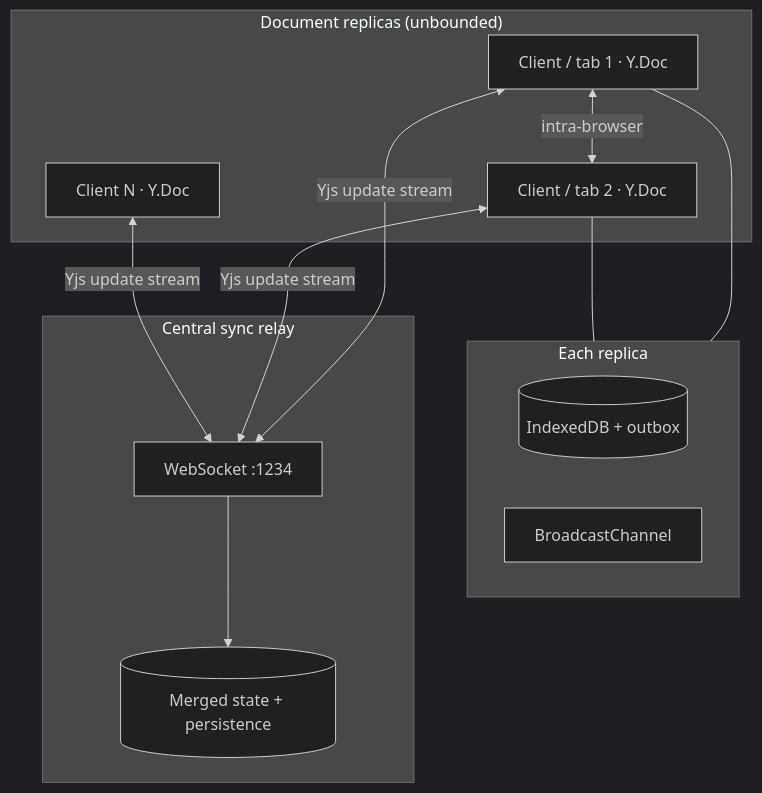
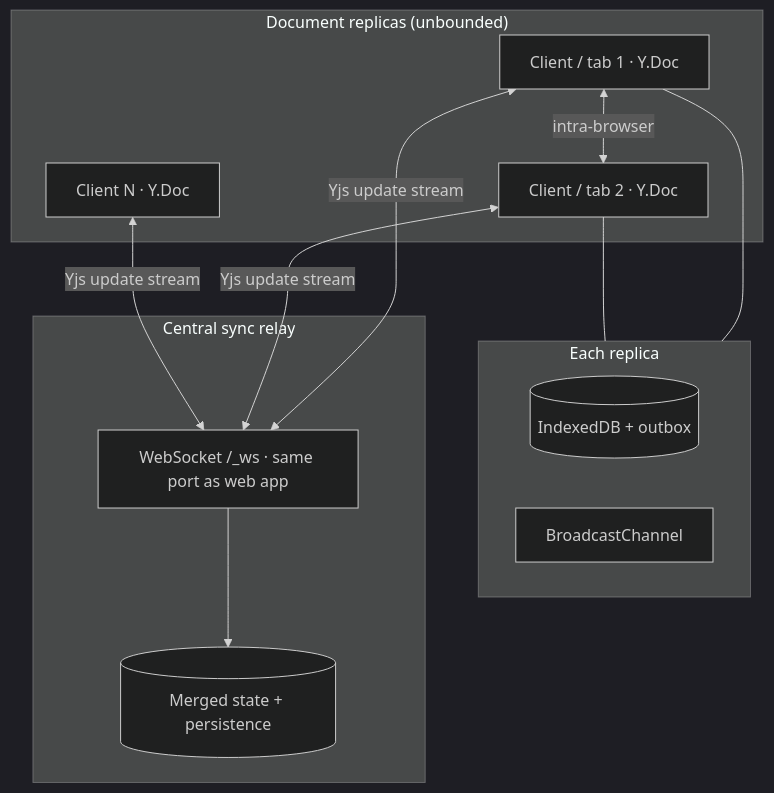
One commit to shivasb42/distributed-collaborative-editor changed the diagram in README.md. Above: the diagram before and after it, drawn with Mermaid (dark theme). The commit also changed other lines of this file, not shown here.

````diff
--- a/README.md
+++ b/README.md
@@ -40,24 +40,24 @@
 ```mermaid
 flowchart TB
   subgraph replicas["Document replicas (unbounded)"]
     R1[Client / tab 1 · Y.Doc]
     R2[Client / tab 2 · Y.Doc]
     R3[Client N · Y.Doc]
   end
 
   subgraph perReplica["Each replica"]
     IDB[(IndexedDB + outbox)]
     BC[BroadcastChannel]
   end
 
   subgraph relay["Central sync relay"]
-    WS[WebSocket :1234]
+    WS[WebSocket /_ws · same port as web app]
     MEM[(Merged state + persistence)]
   end
 
   R1 --- perReplica
   R2 --- perReplica
   R1 <-->|intra-browser| R2
   R1 & R2 & R3 <-->|Yjs update stream| WS
   WS --> MEM
 ```
````
